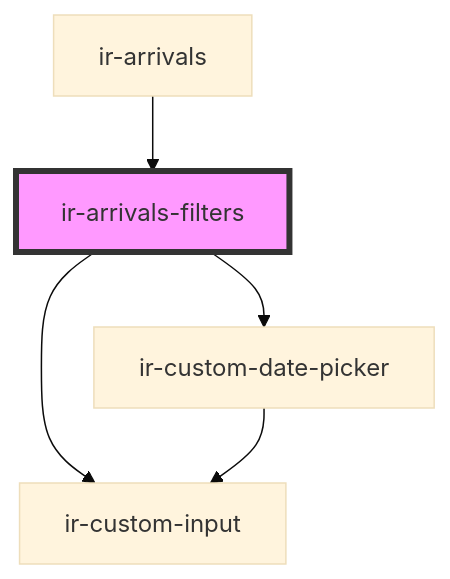
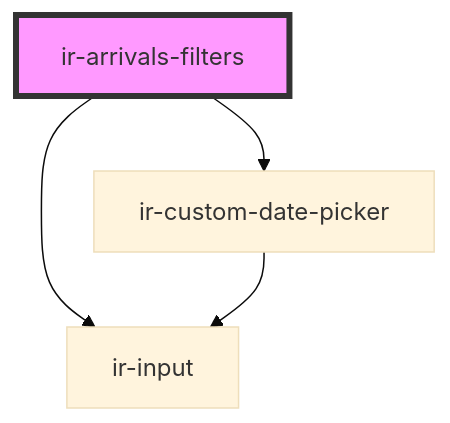
The diagram in src/components/ir-arrivals/ir-arrivals-filters/readme.md (David1Chowaifaty/modified-ir-webcmp), drawn with Mermaid (base theme) before and after one commit. The commit also changed other lines of this file and 38 other files, not shown here.

````diff
--- a/src/components/ir-arrivals/ir-arrivals-filters/readme.md
+++ b/src/components/ir-arrivals/ir-arrivals-filters/readme.md
@@ -20,8 +16,7 @@
 ```mermaid
 graph TD;
   ir-arrivals-filters --> ir-custom-date-picker
-  ir-arrivals-filters --> ir-custom-input
-  ir-custom-date-picker --> ir-custom-input
-  ir-arrivals --> ir-arrivals-filters
+  ir-arrivals-filters --> ir-input
+  ir-custom-date-picker --> ir-input
   style ir-arrivals-filters fill:#f9f,stroke:#333,stroke-width:4px
 ```
````
